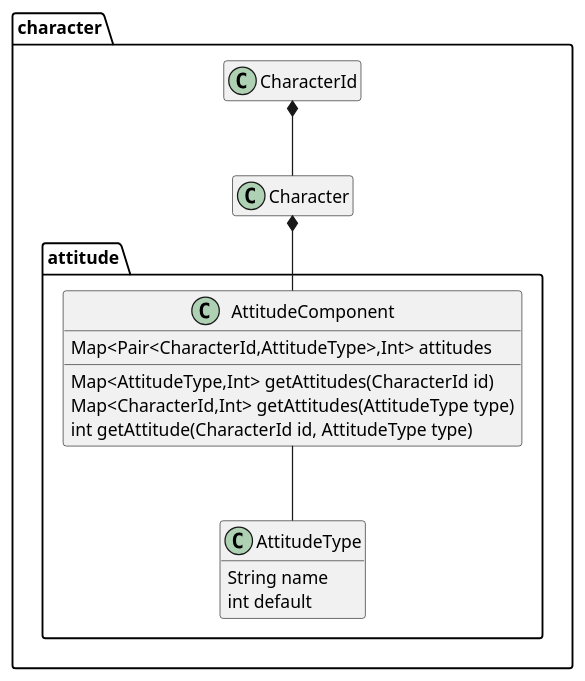
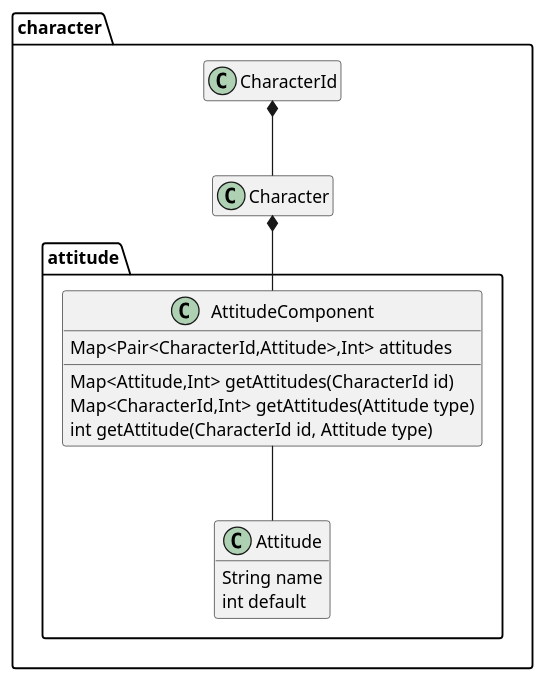
The diagram in doc/design/attitude.puml (Orchaldir/SocialSimulation), drawn with PlantUML before and after one commit.

Commit message:
[#11] Rename AttitudeType to Attitude

```diff
--- a/doc/design/attitude.puml
+++ b/doc/design/attitude.puml
@@ -1,33 +1,33 @@
 @startuml
 
 hide empty members
 
 package character {
 
 package attitude {
 
-class AttitudeType {
+class Attitude {
   String name
   int default
 }
 
 class AttitudeComponent {
-  Map<Pair<CharacterId,AttitudeType>,Int> attitudes
-  Map<AttitudeType,Int> getAttitudes(CharacterId id)
-  Map<CharacterId,Int> getAttitudes(AttitudeType type)
-  int getAttitude(CharacterId id, AttitudeType type)
+  Map<Pair<CharacterId,Attitude>,Int> attitudes
+  Map<Attitude,Int> getAttitudes(CharacterId id)
+  Map<CharacterId,Int> getAttitudes(Attitude type)
+  int getAttitude(CharacterId id, Attitude type)
 }
 
 }
 
 class CharacterId
 
 class Character
 
 }
 
-AttitudeComponent --  AttitudeType
+AttitudeComponent --  Attitude
 Character *--  AttitudeComponent
 CharacterId *--  Character
 
 @enduml
```
